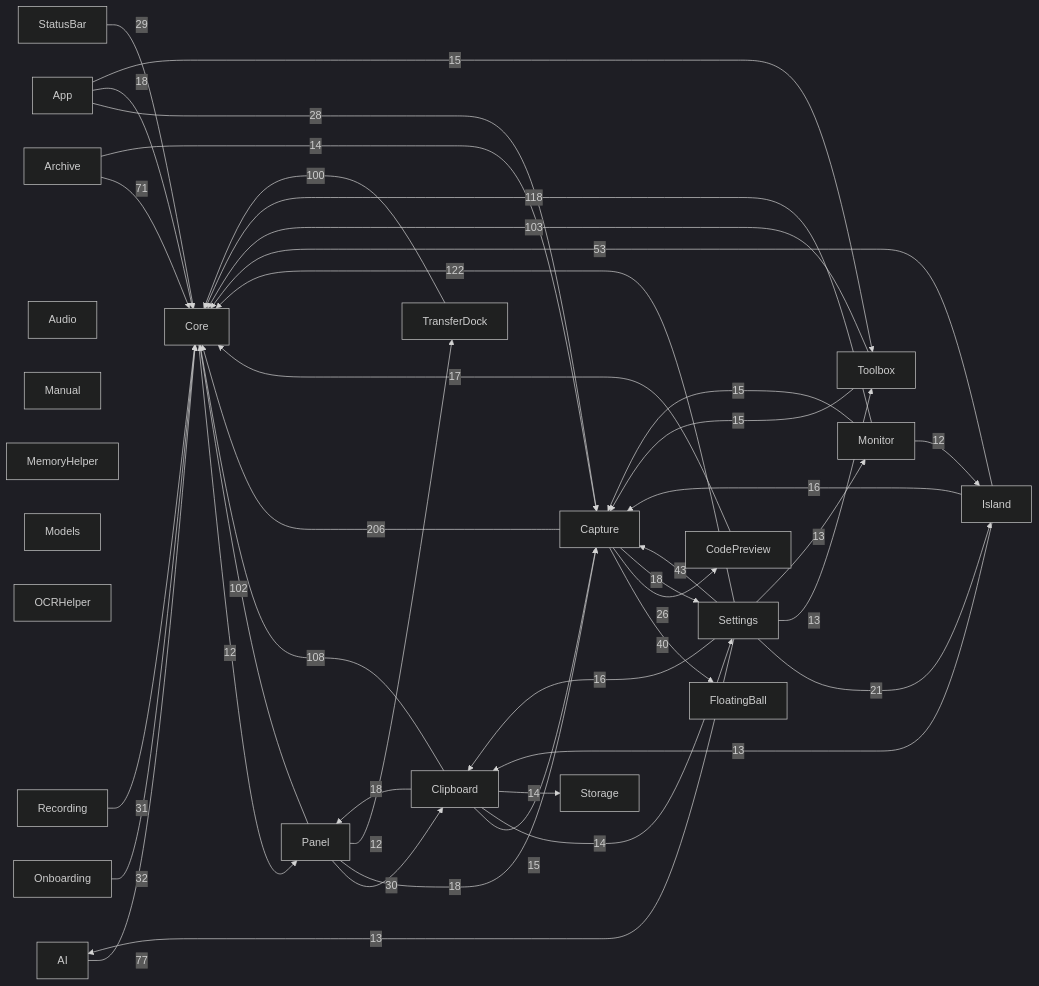
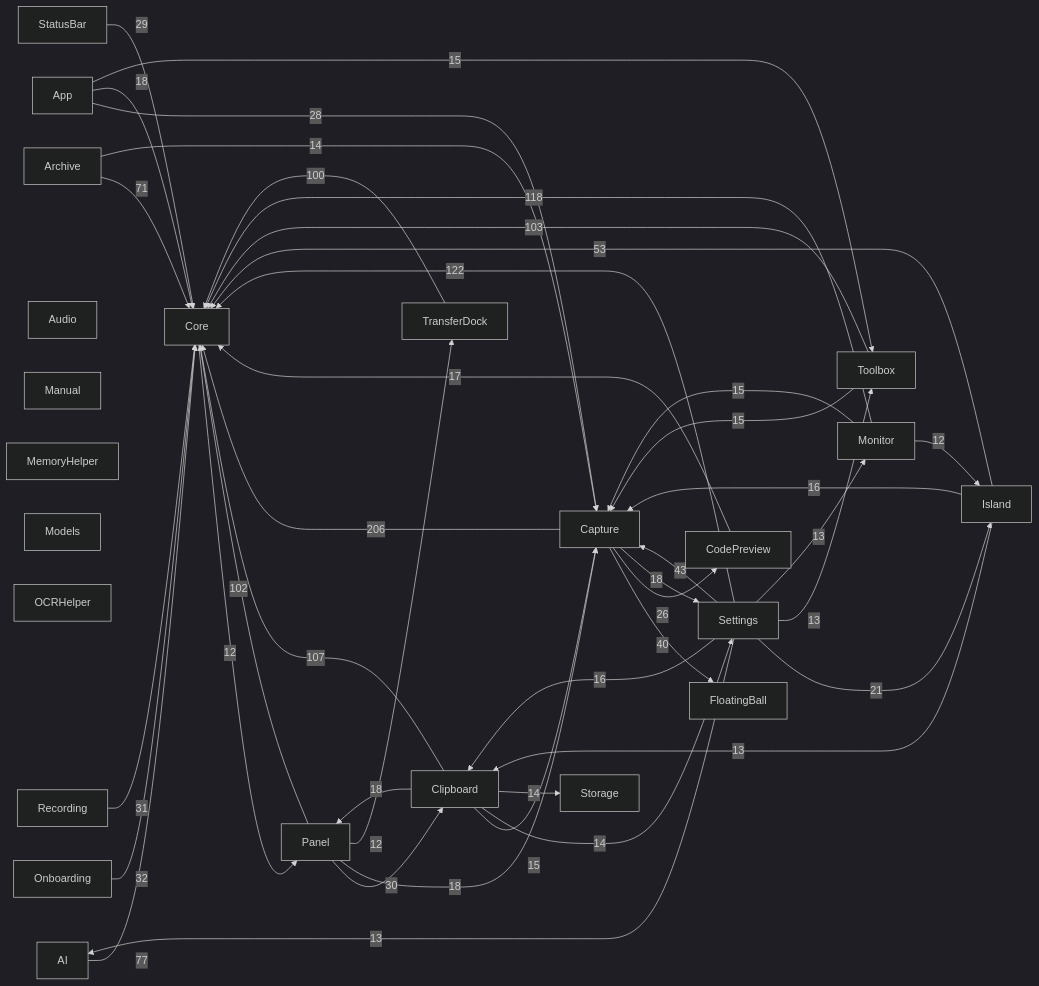
One commit to sxyq/Kitnest changed the diagram in docs/00-总览/模块依赖图.md. Above: the diagram before and after it, drawn with Mermaid (dark theme). The commit also changed other lines of this file and 3 other files, not shown here.

````diff
--- a/docs/00-总览/模块依赖图.md
+++ b/docs/00-总览/模块依赖图.md
@@ -37,66 +37,66 @@
 ```mermaid
 flowchart LR
   M0["AI"]
   M1["App"]
   M2["Archive"]
   M3["Audio"]
   M4["Capture"]
   M5["Clipboard"]
   M6["CodePreview"]
   M7["Core"]
   M8["FloatingBall"]
   M9["Island"]
   M10["Manual"]
   M11["MemoryHelper"]
   M12["Models"]
   M13["Monitor"]
   M14["OCRHelper"]
   M15["Onboarding"]
   M16["Panel"]
   M17["Recording"]
   M18["Settings"]
   M19["StatusBar"]
   M20["Storage"]
   M21["Toolbox"]
   M22["TransferDock"]
   M4 -->|206| M7
   M18 -->|122| M7
   M13 -->|118| M7
-  M5 -->|108| M7
+  M5 -->|107| M7
   M21 -->|103| M7
   M16 -->|102| M7
   M22 -->|100| M7
   M0 -->|77| M7
   M2 -->|71| M7
   M9 -->|53| M7
   M18 -->|43| M4
   M4 -->|40| M8
   M15 -->|32| M7
   M17 -->|31| M7
   M16 -->|30| M5
   M19 -->|29| M7
   M1 -->|28| M4
   M4 -->|26| M6
   M18 -->|21| M9
   M1 -->|18| M7
   M4 -->|18| M18
   M5 -->|18| M16
   M16 -->|18| M4
   M6 -->|17| M7
   M9 -->|16| M4
   M18 -->|16| M5
   M1 -->|15| M21
   M5 -->|15| M4
   M13 -->|15| M4
   M21 -->|15| M4
   M2 -->|14| M4
   M5 -->|14| M18
   M5 -->|14| M20
   M9 -->|13| M5
   M18 -->|13| M21
   M18 -->|13| M13
   M18 -->|13| M0
   M7 -->|12| M16
   M13 -->|12| M9
   M16 -->|12| M22
 ```
````
